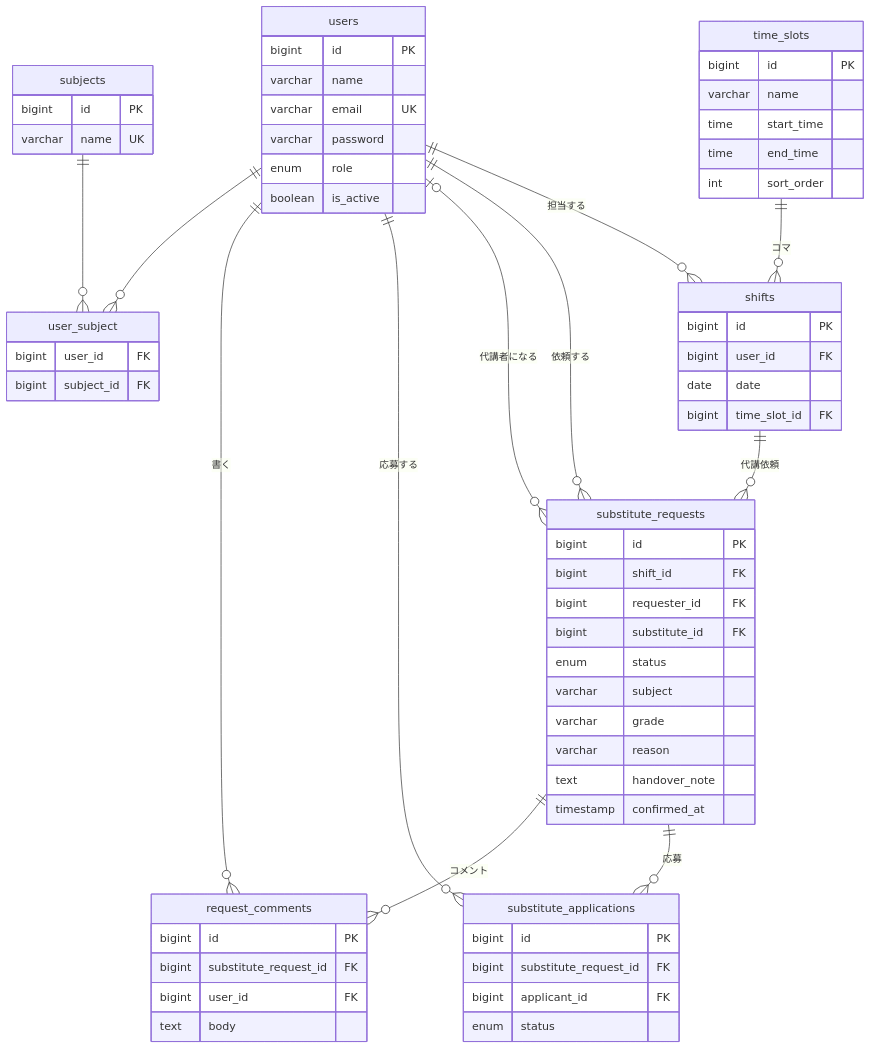
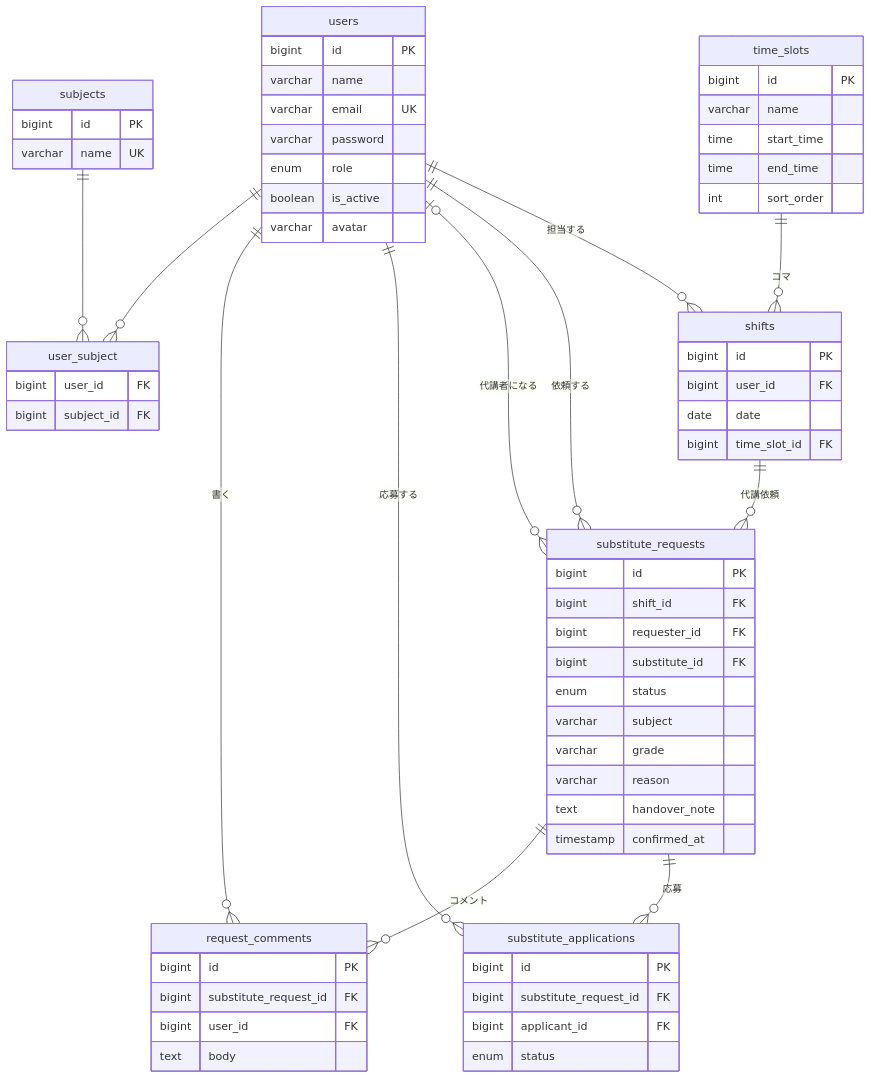
The diagram in docs/design/02_database-design.md (tomoki-omigawa-tech/daikolink), drawn with Mermaid before and after one commit. The commit also changed other lines of this file and 112 other files, not shown here.

````diff
--- a/docs/design/02_database-design.md
+++ b/docs/design/02_database-design.md
@@ -4,68 +4,69 @@
 ```mermaid
 erDiagram
     users ||--o{ shifts : "担当する"
     time_slots ||--o{ shifts : "コマ"
     shifts ||--o{ substitute_requests : "代講依頼"
     users ||--o{ substitute_requests : "依頼する"
     users |o--o{ substitute_requests : "代講者になる"
     substitute_requests ||--o{ substitute_applications : "応募"
     users ||--o{ substitute_applications : "応募する"
     substitute_requests ||--o{ request_comments : "コメント"
     users ||--o{ request_comments : "書く"
     users ||--o{ user_subject : ""
     subjects ||--o{ user_subject : ""
 
     users {
         bigint id PK
         varchar name
         varchar email UK
         varchar password
         enum role
         boolean is_active
+        varchar avatar
     }
     time_slots {
         bigint id PK
         varchar name
         time start_time
         time end_time
         int sort_order
     }
     shifts {
         bigint id PK
         bigint user_id FK
         date date
         bigint time_slot_id FK
     }
     substitute_requests {
         bigint id PK
         bigint shift_id FK
         bigint requester_id FK
         bigint substitute_id FK
         enum status
         varchar subject
         varchar grade
         varchar reason
         text handover_note
         timestamp confirmed_at
     }
     substitute_applications {
         bigint id PK
         bigint substitute_request_id FK
         bigint applicant_id FK
         enum status
     }
     request_comments {
         bigint id PK
         bigint substitute_request_id FK
         bigint user_id FK
         text body
     }
     subjects {
         bigint id PK
         varchar name UK
     }
     user_subject {
         bigint user_id FK
         bigint subject_id FK
     }
 ```
````
